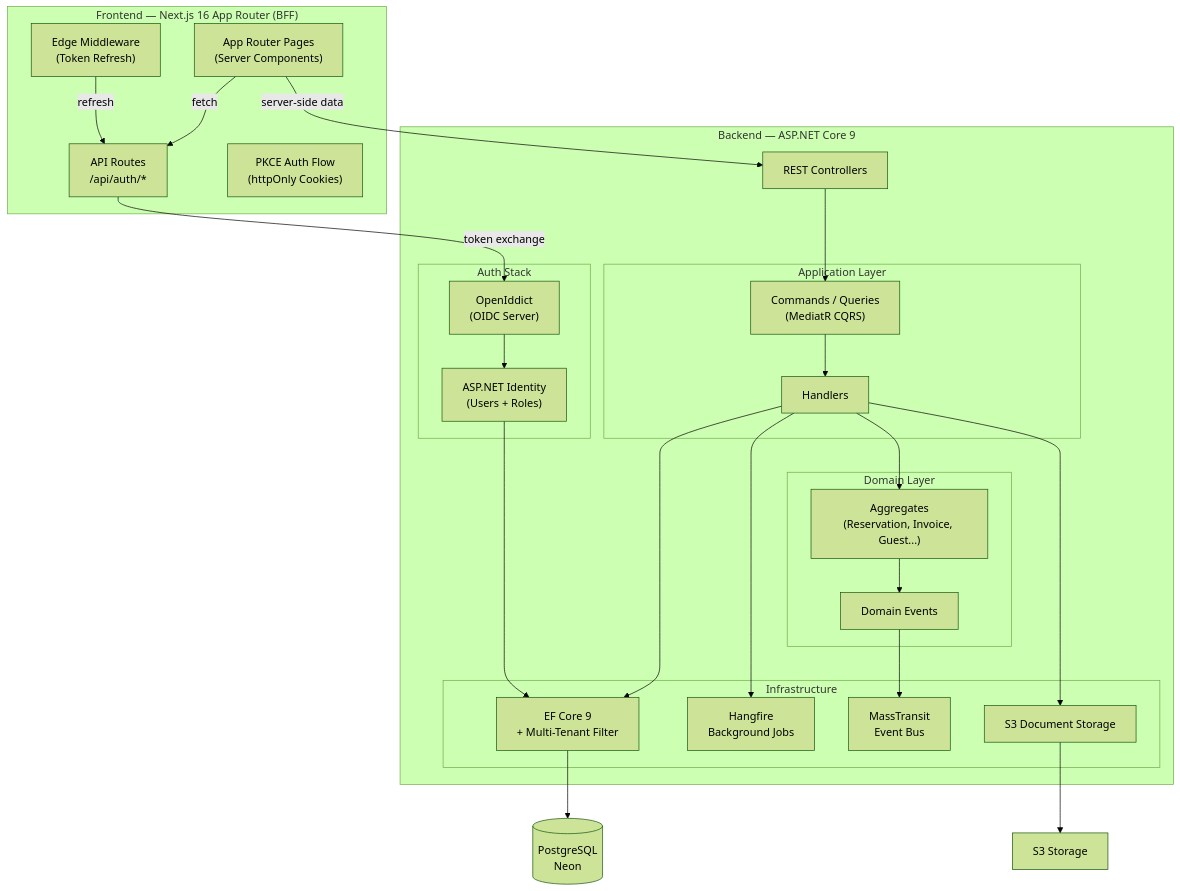
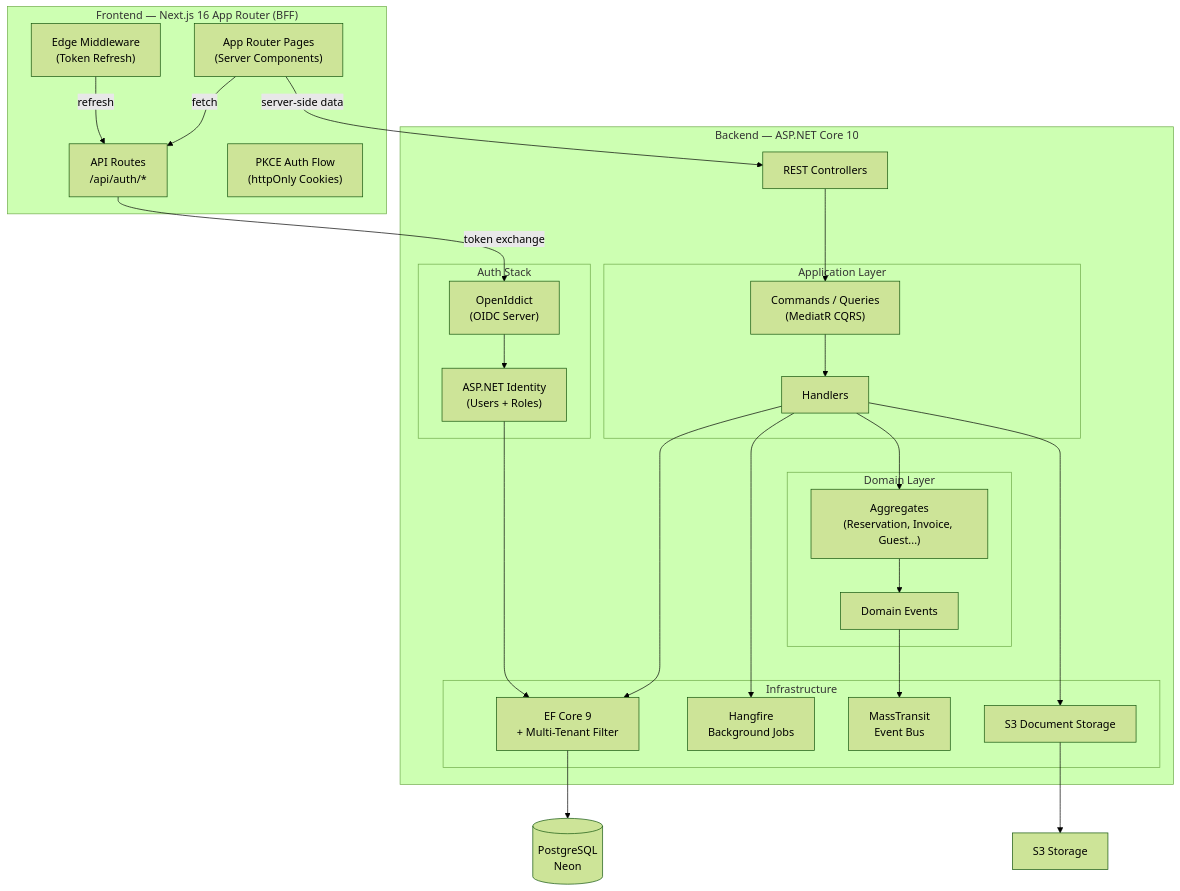
Before and after one commit to DRTX2/stay-flow-cloud: the second of 3 diagrams in docs/ARCHITECTURE.md, drawn with Mermaid (forest theme). The commit also changed other lines of this file and 122 other files, not shown here.

````diff
--- a/docs/ARCHITECTURE.md
+++ b/docs/ARCHITECTURE.md
@@ -42,51 +42,51 @@
 ```mermaid
 graph TB
     subgraph Frontend["Frontend — Next.js 16 App Router (BFF)"]
         Pages["App Router Pages\n(Server Components)"]
         APIRoutes["API Routes\n/api/auth/*"]
         Middleware["Edge Middleware\n(Token Refresh)"]
         PKCEFlow["PKCE Auth Flow\n(httpOnly Cookies)"]
     end
 
-    subgraph BackendAPI["Backend — ASP.NET Core 9"]
+    subgraph BackendAPI["Backend — ASP.NET Core 10"]
         Controllers["REST Controllers"]
         subgraph Application["Application Layer"]
             Commands["Commands / Queries\n(MediatR CQRS)"]
             Handlers["Handlers"]
         end
         subgraph Domain["Domain Layer"]
             Aggregates["Aggregates\n(Reservation, Invoice, Guest...)"]
             DomainEvents["Domain Events"]
         end
         subgraph Infrastructure["Infrastructure"]
             EF["EF Core 9\n+ Multi-Tenant Filter"]
             Hangfire["Hangfire\nBackground Jobs"]
             MassTransit["MassTransit\nEvent Bus"]
             S3Client["S3 Document Storage"]
         end
         subgraph Auth["Auth Stack"]
             OpenIddict["OpenIddict\n(OIDC Server)"]
             Identity["ASP.NET Identity\n(Users + Roles)"]
         end
     end
 
     DB[("PostgreSQL\nNeon")]
     Storage["S3 Storage"]
 
     Pages -->|fetch| APIRoutes
     APIRoutes -->|token exchange| OpenIddict
     Middleware -->|refresh| APIRoutes
     Pages -->|server-side data| Controllers
     Controllers --> Commands
     Commands --> Handlers
     Handlers --> Aggregates
     Handlers --> EF
     Aggregates --> DomainEvents
     DomainEvents --> MassTransit
     Handlers --> Hangfire
     Handlers --> S3Client
     EF --> DB
     S3Client --> Storage
     OpenIddict --> Identity
     Identity --> EF
 ```
````
